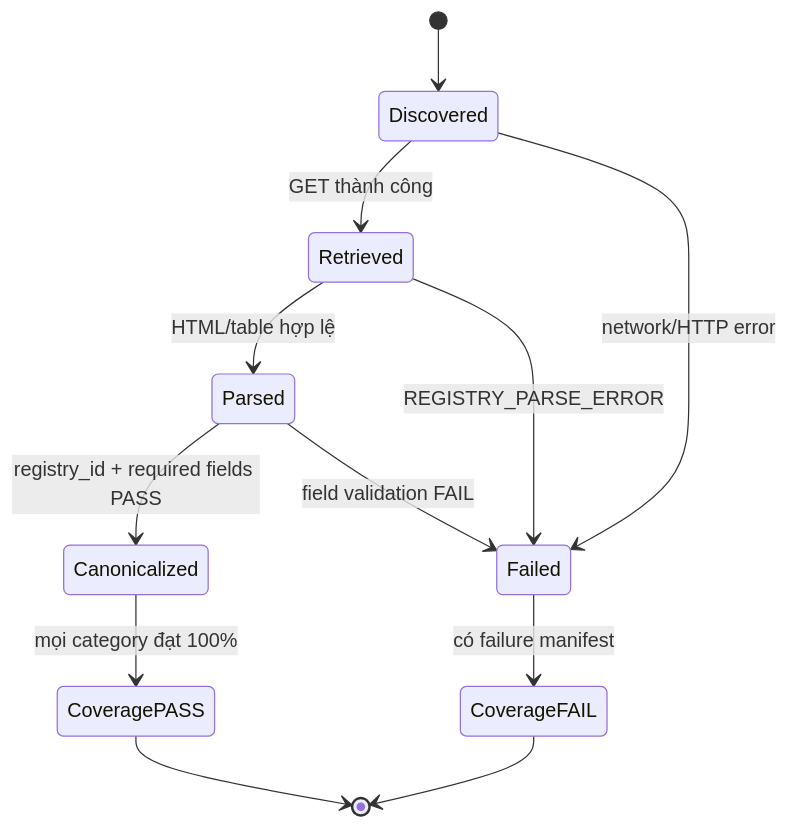
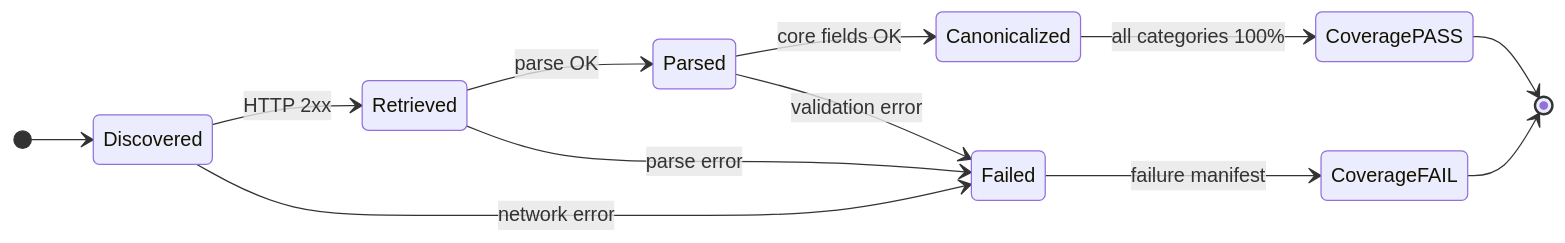
One commit to sutobode/Semanticweb changed the third of 9 diagrams in PROJECT_SPEC.md. Above: the diagram before and after it, drawn with Mermaid. The commit also changed other lines of this file, not shown here.

````diff
--- a/PROJECT_SPEC.md
+++ b/PROJECT_SPEC.md
@@ -1055,14 +1095,15 @@
 ```mermaid
 stateDiagram-v2
+    direction LR
     [*] --> Discovered
-    Discovered --> Retrieved: GET thành công
-    Discovered --> Failed: network/HTTP error
-    Retrieved --> Parsed: HTML/table hợp lệ
-    Retrieved --> Failed: REGISTRY_PARSE_ERROR
-    Parsed --> Canonicalized: registry_id + required fields PASS
-    Parsed --> Failed: field validation FAIL
-    Canonicalized --> CoveragePASS: mọi category đạt 100%
-    Failed --> CoverageFAIL: có failure manifest
+    Discovered --> Retrieved: HTTP 2xx
+    Discovered --> Failed: network error
+    Retrieved --> Parsed: parse OK
+    Retrieved --> Failed: parse error
+    Parsed --> Canonicalized: core fields OK
+    Parsed --> Failed: validation error
+    Canonicalized --> CoveragePASS: all categories 100%
+    Failed --> CoverageFAIL: failure manifest
     CoveragePASS --> [*]
     CoverageFAIL --> [*]
 ```
````
